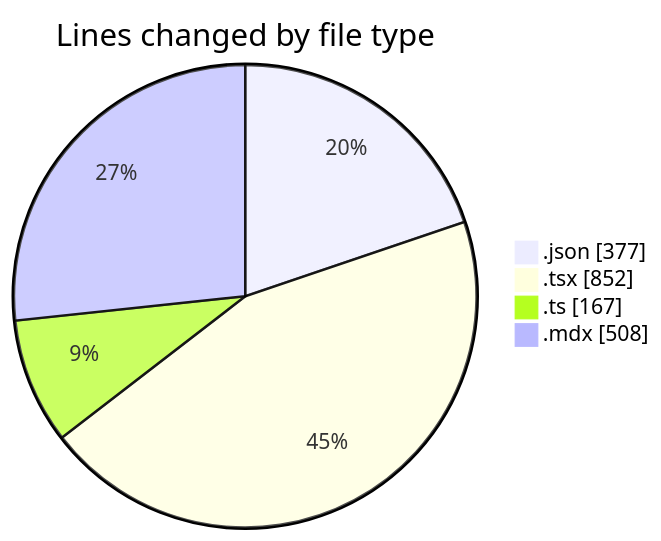
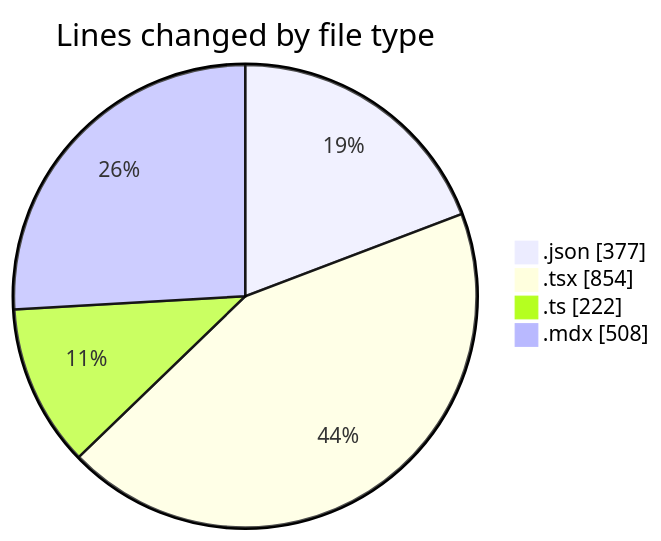
One commit to Elitesun/code-tracking changed the first of 2 diagrams in 2025-05-01/niten/README.md. Above: the diagram before and after it, drawn with Mermaid. The commit also changed other lines of this file and 1 other file, not shown here.

````diff
--- a/2025-05-01/niten/README.md
+++ b/2025-05-01/niten/README.md
@@ -37,8 +38,8 @@
 ```mermaid
 pie showData
 title Lines changed by file type
 ".json" : 377
-".tsx" : 852
-".ts" : 167
+".tsx" : 854
+".ts" : 222
 ".mdx" : 508
 ```
````
